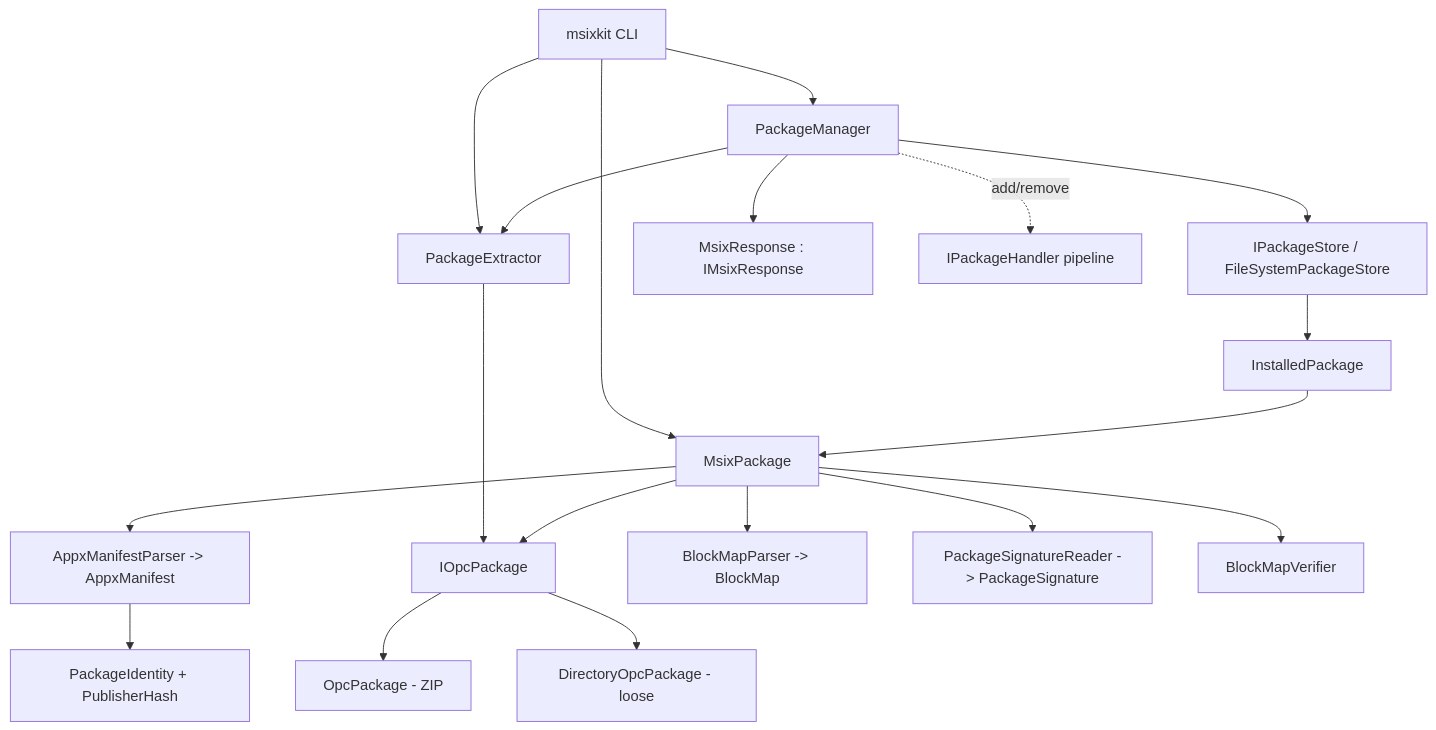
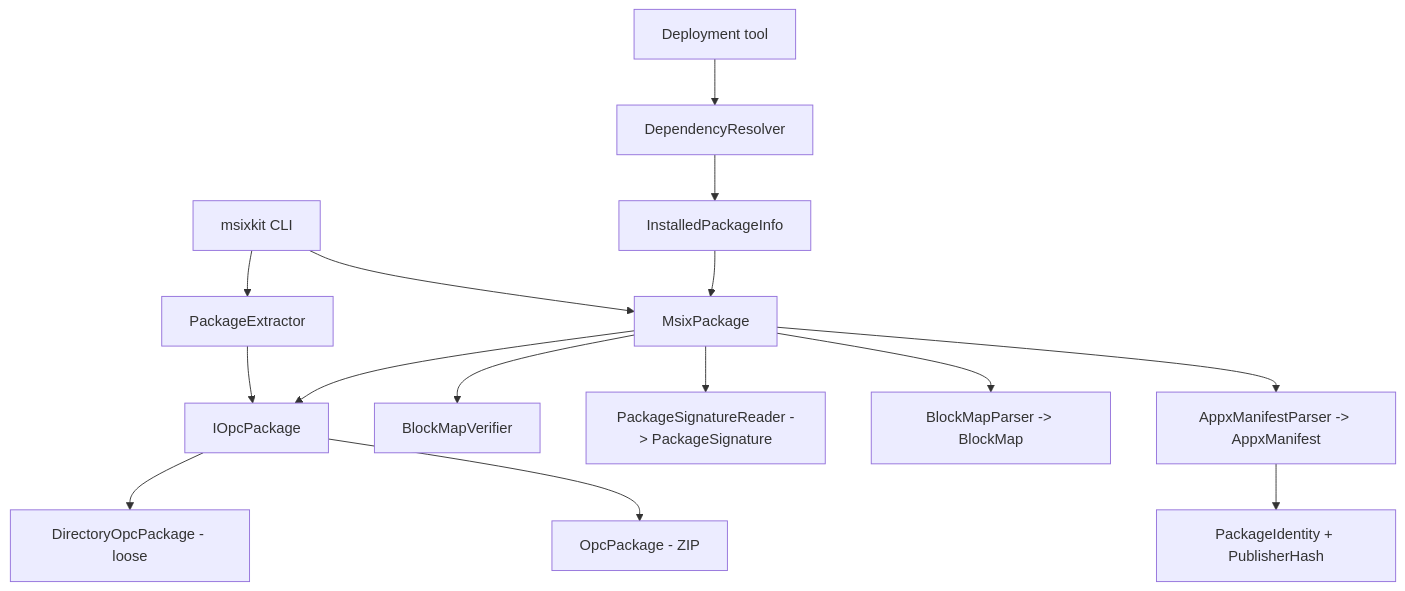
Before and after one commit to aclinick/msixcore: the diagram in docs/architecture.md, drawn with Mermaid. The commit also changed other lines of this file and 33 other files, not shown here.

````diff
--- a/docs/architecture.md
+++ b/docs/architecture.md
@@ -38,21 +33,17 @@
 ```mermaid
 flowchart TD
     CLI[msixkit CLI] --> PKG[MsixPackage]
-    CLI --> PM[PackageManager]
     CLI --> EXT[PackageExtractor]
-    PM --> STORE[IPackageStore / FileSystemPackageStore]
-    PM --> EXT
-    PM --> RESP[MsixResponse : IMsixResponse]
-    STORE --> INST[InstalledPackage]
-    INST --> PKG
-    PM -. add/remove .-> HANDLERS[IPackageHandler pipeline]
+    TOOL[Deployment tool] --> DEP[DependencyResolver]
+    DEP --> INFO[InstalledPackageInfo]
+    INFO --> PKG
     EXT --> OPC
     PKG --> MANI[AppxManifestParser -> AppxManifest]
     PKG --> BM[BlockMapParser -> BlockMap]
     PKG --> SIG[PackageSignatureReader -> PackageSignature]
     PKG --> VERIFY[BlockMapVerifier]
     MANI --> ID[PackageIdentity + PublisherHash]
     PKG --> OPC[IOpcPackage]
     OPC --> ZIP[OpcPackage - ZIP]
     OPC --> DIR[DirectoryOpcPackage - loose]
 ```
````
